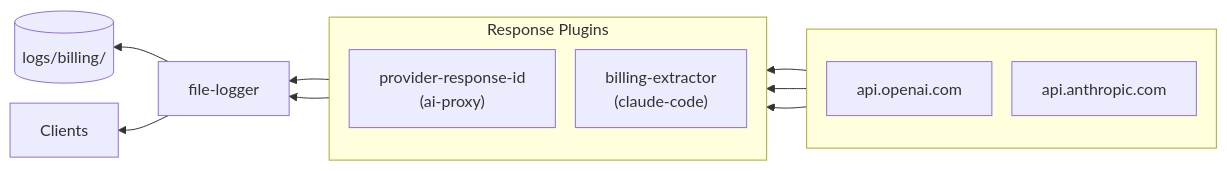
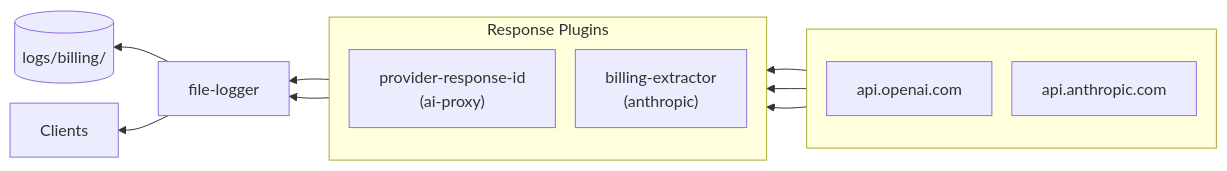
Before and after one commit to wikefjol/prod-gateway: the diagram in docs/diagrams/response-flow.md, drawn with Mermaid. The commit also changed 36 other files, not shown here.

````diff
--- a/docs/diagrams/response-flow.md
+++ b/docs/diagrams/response-flow.md
@@ -3,29 +3,29 @@
 ```mermaid
 ---
 config:
   flowchart:
     nodeSpacing: 20
     rankSpacing: 40
 ---
 flowchart RL
     subgraph Upstreams[" "]
         direction TB
         OAI[api.openai.com]
         ANT[api.anthropic.com]
     end
 
     subgraph Resp["Response Plugins"]
         direction TB
         PRID["provider-response-id<br/>(ai-proxy)"]
-        BE["billing-extractor<br/>(claude-code)"]
+        BE["billing-extractor<br/>(anthropic)"]
     end
 
     FL[file-logger]
     LOGS[("logs/billing/")]
     Clients["Clients"]
 
     OAI & ANT --> PRID
     ANT --> BE
     PRID & BE --> FL --> LOGS
     FL --> Clients
 ```
````
